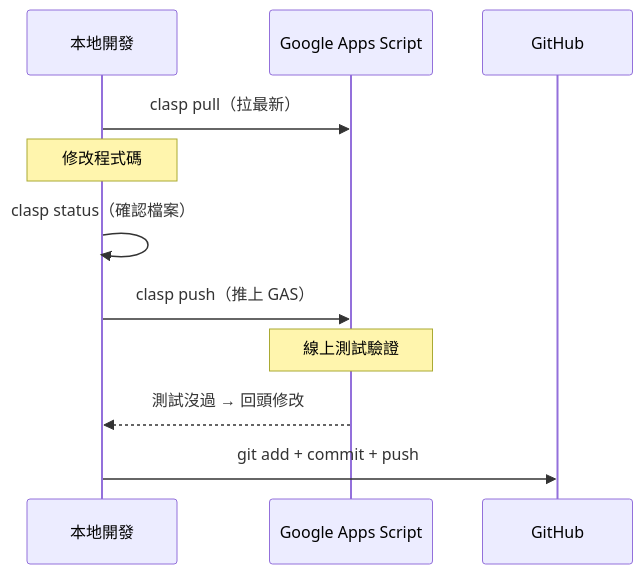
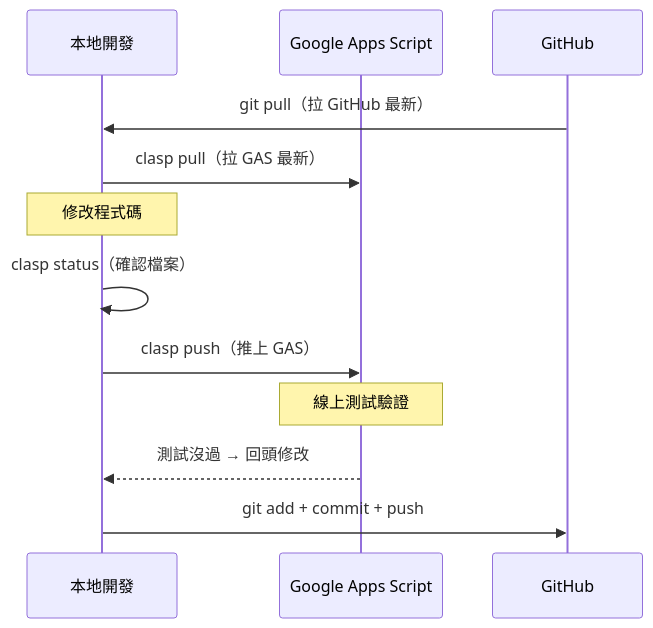
Before and after one commit to oceanTsai/f2e-gas-admin: the diagram in README.md, drawn with Mermaid. The commit also changed other lines of this file, not shown here.

Commit message:
docs: clasp 指令統一用 --project，補上 git pull 步驟

````diff
--- a/README.md
+++ b/README.md
@@ -175,14 +174,15 @@
 ```mermaid
 sequenceDiagram
     participant Dev as 本地開發
     participant GAS as Google Apps Script
     participant Git as GitHub
 
-    Dev->>GAS: clasp pull（拉最新）
+    Git->>Dev: git pull（拉 GitHub 最新）
+    Dev->>GAS: clasp pull（拉 GAS 最新）
     Note over Dev: 修改程式碼
     Dev->>Dev: clasp status（確認檔案）
     Dev->>GAS: clasp push（推上 GAS）
     Note over GAS: 線上測試驗證
     GAS-->>Dev: 測試沒過 → 回頭修改
     Dev->>Git: git add + commit + push
 ```
````
